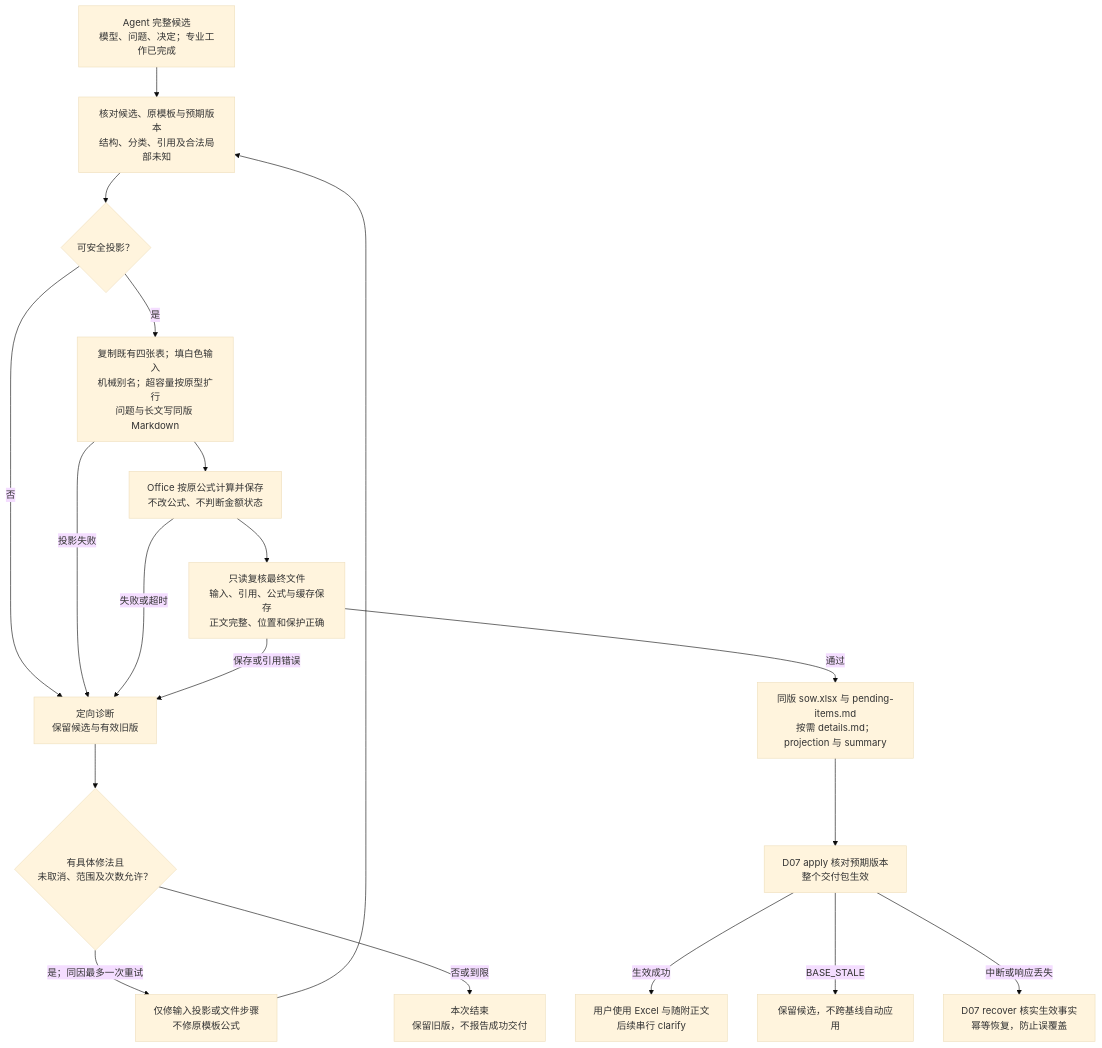
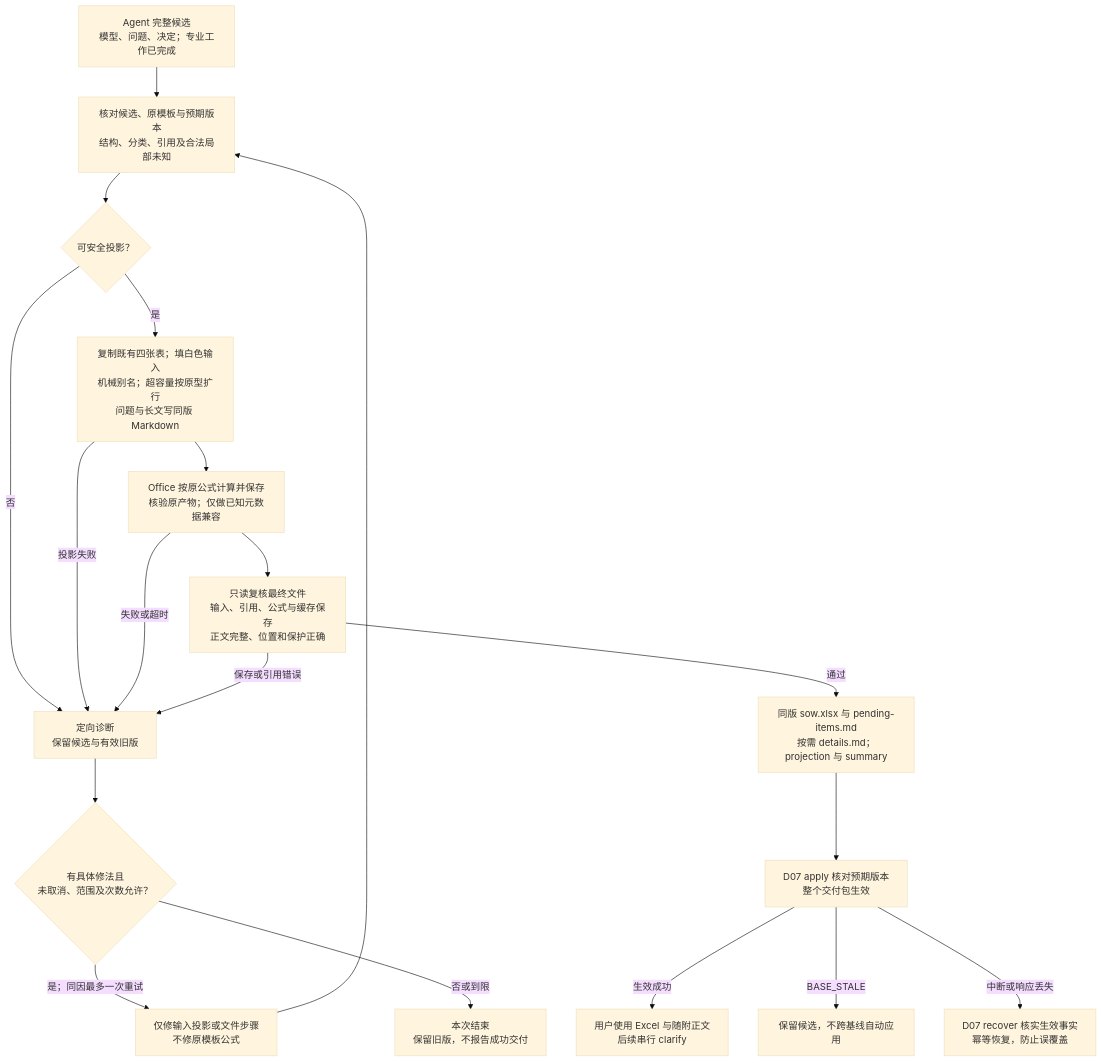
The diagram in plugins/ai-sow-lite/docs/design/detailed/D06-excel-projection-and-delivery.md (InspireChina/ai-plugin-marketplace), drawn with Mermaid (base theme) before and after one commit. The commit also changed other lines of this file and 23 other files, not shown here.

````diff
--- a/plugins/ai-sow-lite/docs/design/detailed/D06-excel-projection-and-delivery.md
+++ b/plugins/ai-sow-lite/docs/design/detailed/D06-excel-projection-and-delivery.md
@@ -186,21 +192,21 @@
 ```mermaid
 flowchart TD
     A["Agent 完整候选<br/>模型、问题、决定；专业工作已完成"] --> B["核对候选、原模板与预期版本<br/>结构、分类、引用及合法局部未知"]
     B --> C{"可安全投影？"}
     C -->|否| F["定向诊断<br/>保留候选与有效旧版"]
     C -->|是| D["复制既有四张表；填白色输入<br/>机械别名；超容量按原型扩行<br/>问题与长文写同版 Markdown"]
-    D --> O["Office 按原公式计算并保存<br/>不改公式、不判断金额状态"]
+    D --> O["Office 按原公式计算并保存<br/>核验原产物；仅做已知元数据兼容"]
     O --> V["只读复核最终文件<br/>输入、引用、公式与缓存保存<br/>正文完整、位置和保护正确"]
     D -->|投影失败| F
     O -->|失败或超时| F
     V -->|保存或引用错误| F
     F --> R{"有具体修法且<br/>未取消、范围及次数允许？"}
     R -->|是；同因最多一次重试| Q["仅修输入投影或文件步骤<br/>不修原模板公式"]
     Q --> B
     R -->|否或到限| E["本次结束<br/>保留旧版，不报告成功交付"]
     V -->|通过| P["同版 sow.xlsx 与 pending-items.md<br/>按需 details.md；projection 与 summary"]
     P --> S["D07 apply 核对预期版本<br/>整个交付包生效"]
     S -->|生效成功| U["用户使用 Excel 与随附正文<br/>后续串行 clarify"]
     S -->|BASE_STALE| K["保留候选，不跨基线自动应用"]
     S -->|中断或响应丢失| H["D07 recover 核实生效事实<br/>幂等恢复，防止误覆盖"]
 ```
````
